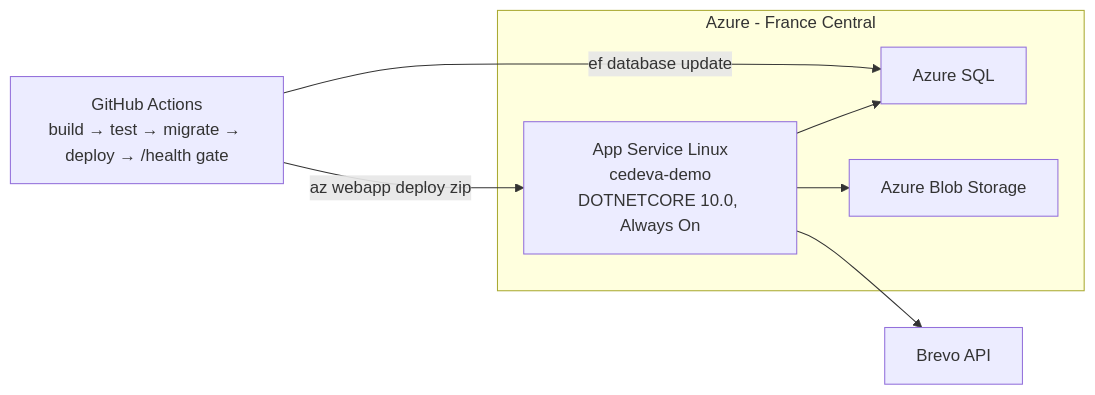
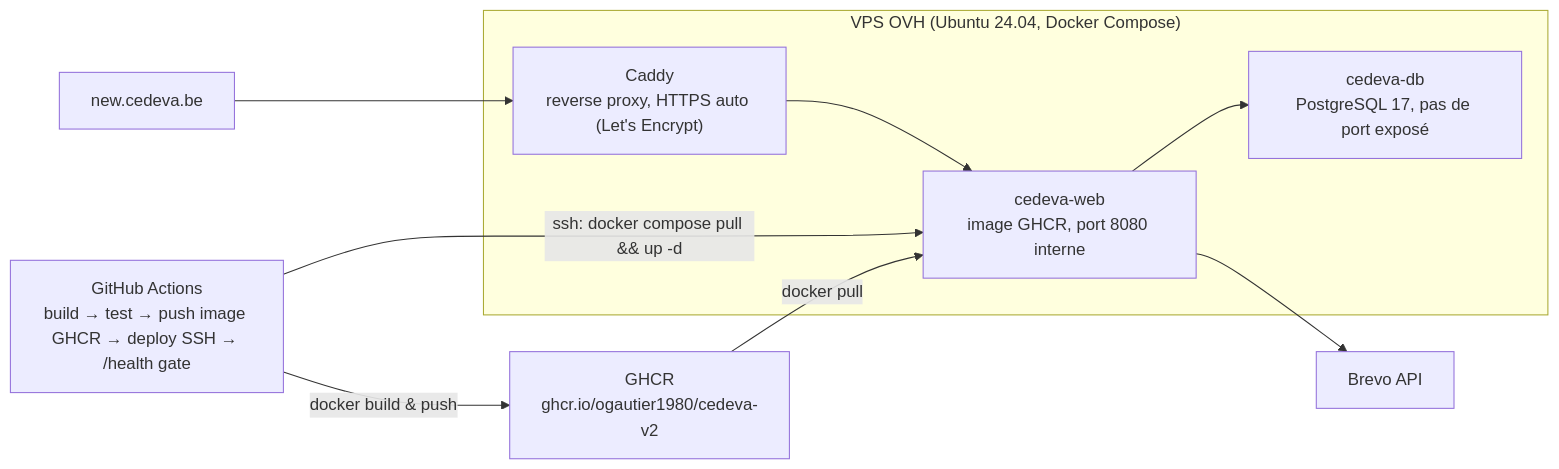
Before and after one commit to ogautier1980/cedeva-v2: the second of 4 diagrams in docs/architecture.md, drawn with Mermaid. The commit also changed other lines of this file and 13 other files, not shown here.

First line of the commit message:
docs(infra): scrub remaining Azure references now that OVH migration is complete

````diff
--- a/docs/architecture.md
+++ b/docs/architecture.md
@@ -36,16 +36,19 @@
 ```mermaid
 graph LR
-    subgraph azure["Azure - France Central"]
-        app["App Service Linux<br/>cedeva-demo<br/>DOTNETCORE 10.0, Always On"]
-        azsql["Azure SQL"]
-        azblob["Azure Blob Storage"]
+    subgraph vps["VPS OVH (Ubuntu 24.04, Docker Compose)"]
+        caddy["Caddy<br/>reverse proxy, HTTPS auto (Let's Encrypt)"]
+        app["cedeva-web<br/>image GHCR, port 8080 interne"]
+        pg["cedeva-db<br/>PostgreSQL 17, pas de port exposé"]
+        caddy --> app
+        app --> pg
     end
-    gh["GitHub Actions<br/>build → test → migrate → deploy → /health gate"]
+    gh["GitHub Actions<br/>build → test → push image GHCR → deploy SSH → /health gate"]
+    ghcr["GHCR<br/>ghcr.io/ogautier1980/cedeva-v2"]
     brevo["Brevo API"]
 
-    gh -->|az webapp deploy zip| app
-    gh -->|ef database update| azsql
-    app --> azsql
-    app --> azblob
+    gh -->|docker build & push| ghcr
+    gh -->|ssh: docker compose pull && up -d| app
+    ghcr -->|docker pull| app
     app --> brevo
+    internet["new.cedeva.be"] --> caddy
 ```
````
